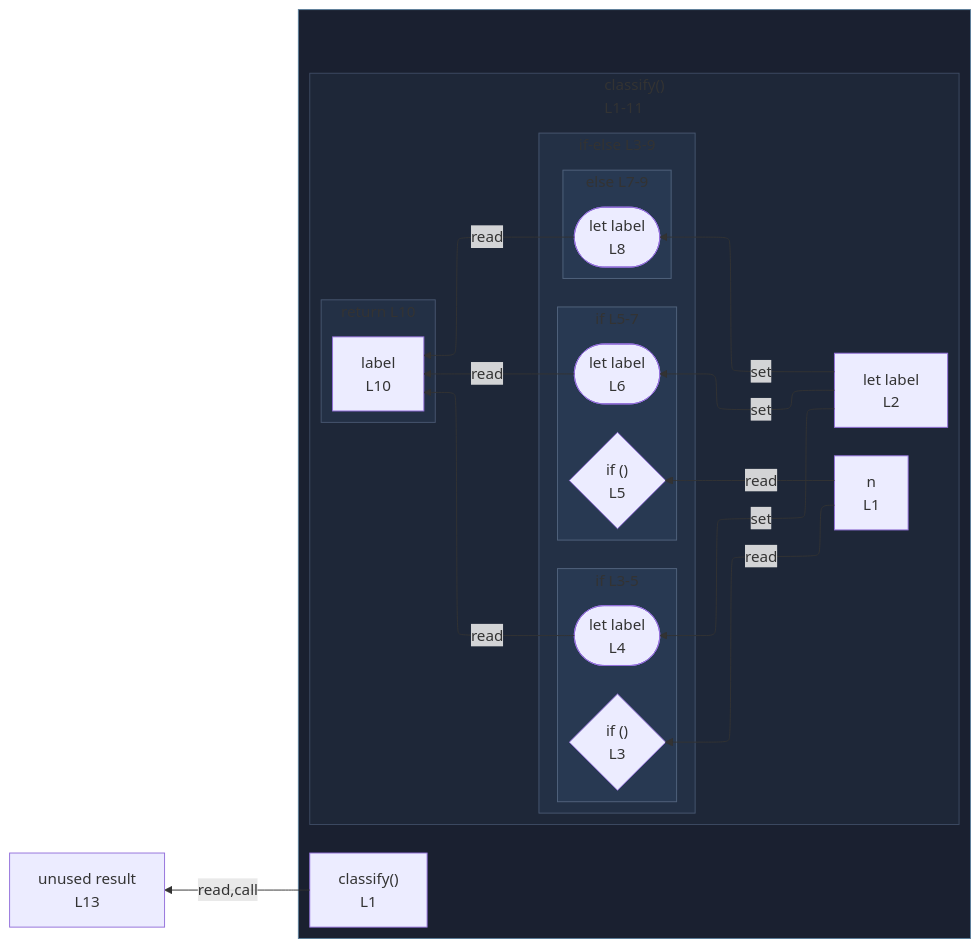
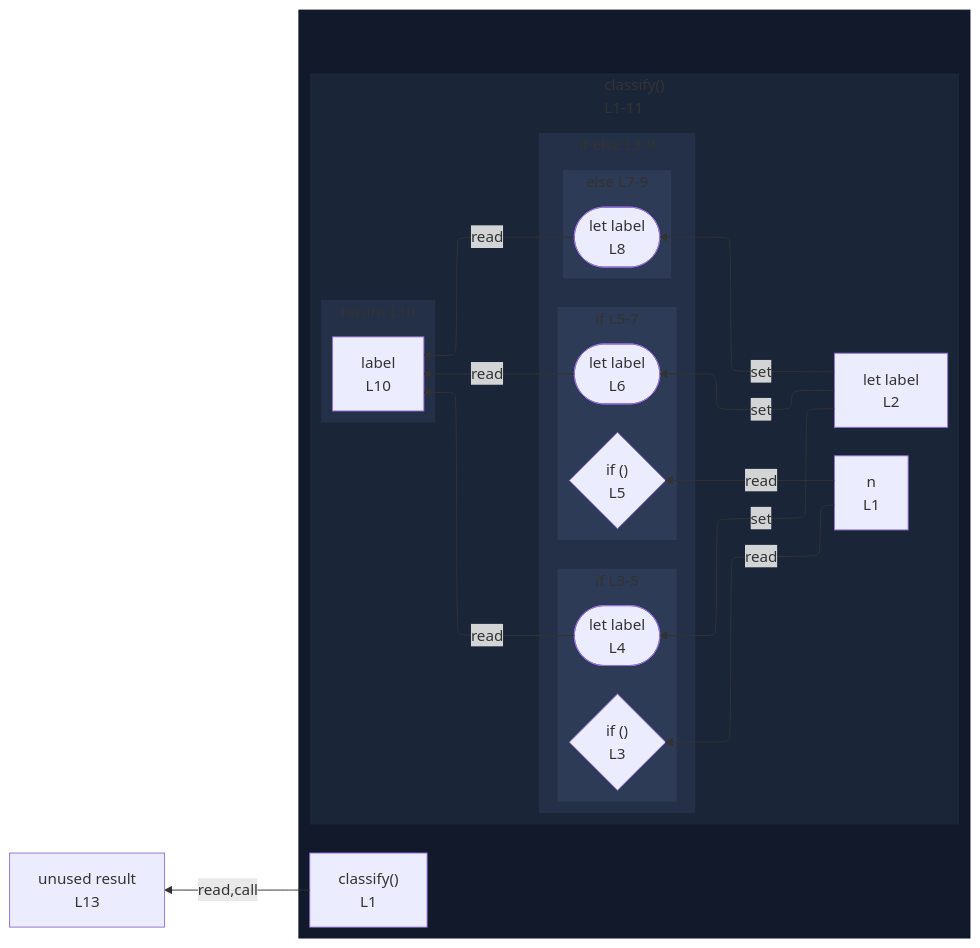
The diagram in integration/fixtures/if-statement/else-if-chain/preview.md (crescware/unsnarl), drawn with Mermaid before and after one commit. The commit also changed 263 other files, not shown here.

First line of the commit message:
Drop fnWrap class and color function wrappers via the nest palette

````diff
--- a/integration/fixtures/if-statement/else-if-chain/preview.md
+++ b/integration/fixtures/if-statement/else-if-chain/preview.md
@@ -23,55 +23,55 @@
 ```mermaid
 %%{init: {"flowchart": {"defaultRenderer": "elk"}}}%%
 flowchart RL
   n_scope_0_result_189["unused result<br/>L13"]
   subgraph wrap_s_scope_1[" "]
     direction TB
     n_scope_0_classify_9["classify()<br/>L1"]
     subgraph s_scope_1["classify()<br/>L1-11"]
       direction RL
       n_scope_1_n_18["n<br/>L1"]
       n_scope_1_label_37["let label<br/>L2"]
       subgraph cont_if_scope_1_46["if-else L3-9"]
         direction RL
         subgraph s_scope_2["if L3-5"]
           direction RL
           if_test_scope_1_46{"if ()<br/>L3"}
           wr_ref_1(["let label<br/>L4"])
         end
         subgraph s_scope_3["if L5-7"]
           direction RL
           if_test_scope_1_92{"if ()<br/>L5"}
           wr_ref_3(["let label<br/>L6"])
         end
         subgraph s_scope_4["else L7-9"]
           direction RL
           wr_ref_4(["let label<br/>L8"])
         end
       end
       subgraph s_return_scope_0_classify_9_166_179["return L10"]
         direction RL
         ret_use_ref_5["label<br/>L10"]
       end
     end
   end
   n_scope_1_label_37 -->|set| wr_ref_1
   n_scope_1_label_37 -->|set| wr_ref_3
   n_scope_1_label_37 -->|set| wr_ref_4
   n_scope_1_n_18 -->|read| if_test_scope_1_46
   n_scope_1_n_18 -->|read| if_test_scope_1_92
   wr_ref_1 -->|read| ret_use_ref_5
   wr_ref_3 -->|read| ret_use_ref_5
   wr_ref_4 -->|read| ret_use_ref_5
   n_scope_0_classify_9 -->|read,call| n_scope_0_result_189
-  classDef fnWrap fill:#1a2030,stroke:#5a7d99;
-  class wrap_s_scope_1 fnWrap;
-  classDef nestL1 fill:#1e2738,stroke:#3d4a63;
-  class s_scope_1 nestL1;
-  classDef nestL2 fill:#233045,stroke:#475670;
-  class cont_if_scope_1_46 nestL2;
-  class s_return_scope_0_classify_9_166_179 nestL2;
-  classDef nestL3 fill:#283952,stroke:#51637d;
-  class s_scope_2 nestL3;
-  class s_scope_3 nestL3;
-  class s_scope_4 nestL3;
+  classDef nestL1 fill:#11192a,stroke:transparent;
+  class wrap_s_scope_1 nestL1;
+  classDef nestL2 fill:#1a2538,stroke:transparent;
+  class s_scope_1 nestL2;
+  classDef nestL3 fill:#243047,stroke:transparent;
+  class cont_if_scope_1_46 nestL3;
+  class s_return_scope_0_classify_9_166_179 nestL3;
+  classDef nestL4 fill:#2d3b57,stroke:transparent;
+  class s_scope_2 nestL4;
+  class s_scope_3 nestL4;
+  class s_scope_4 nestL4;
 ```
````
